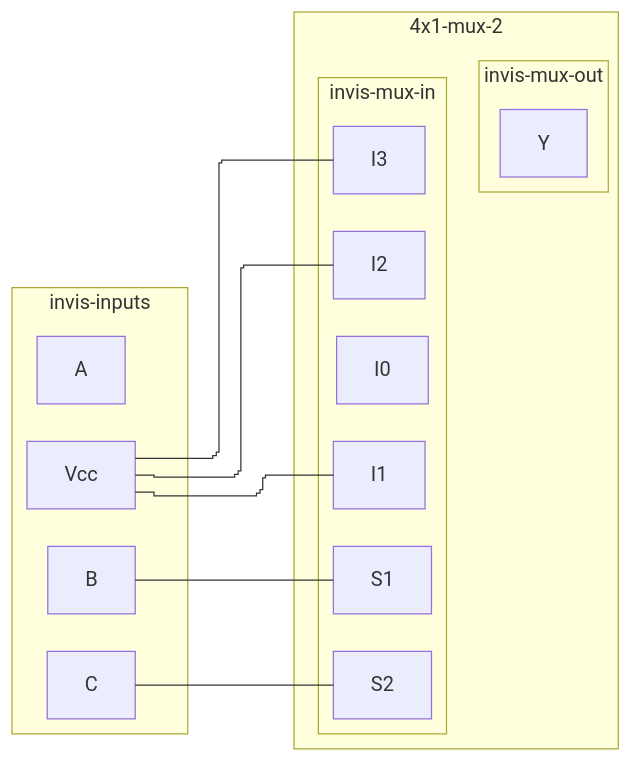
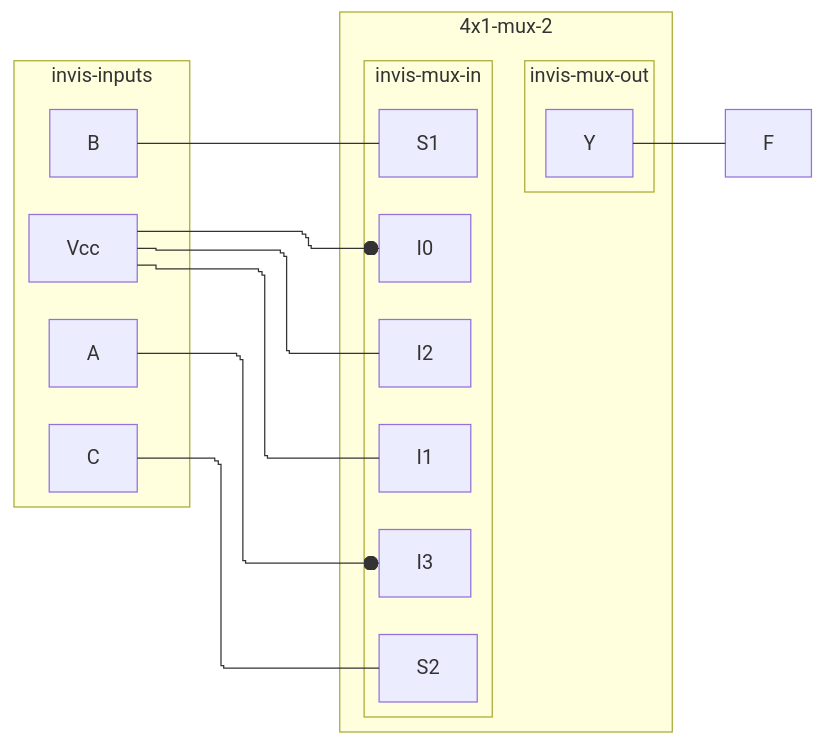
One commit to tnichols217/notes changed the fourth of 4 diagrams in CSDS 281 - Logic Design/HW/7/tables.md. Above: the diagram before and after it, drawn with Mermaid. The commit also changed other lines of this file, not shown here.

Commit message:
vault backup: 2024-03-27 12:02:14

````diff
--- a/CSDS 281 - Logic Design/HW/7/tables.md
+++ b/CSDS 281 - Logic Design/HW/7/tables.md
@@ -150,23 +150,24 @@
 ```mermaid
 %%{ init: { 'flowchart': { 'curve': 'stepBefore', "defaultRenderer": "elk" } } }%%
 flowchart LR
 subgraph invis-inputs
 A
 B
 C
 Vcc
 end
 subgraph 4x1-mux-2
 subgraph invis-mux-in
-I0
-Vcc --- I1 & I2 & I3
+Vcc ---o I0
+Vcc --- I1 & I2
+A ---o I3
 B --- S1
 C --- S2
 end
 subgraph invis-mux-out
 Y
 end
 invis-mux-in ~~~ invis-mux-out
 end
-
+Y --- F
 ```
````
